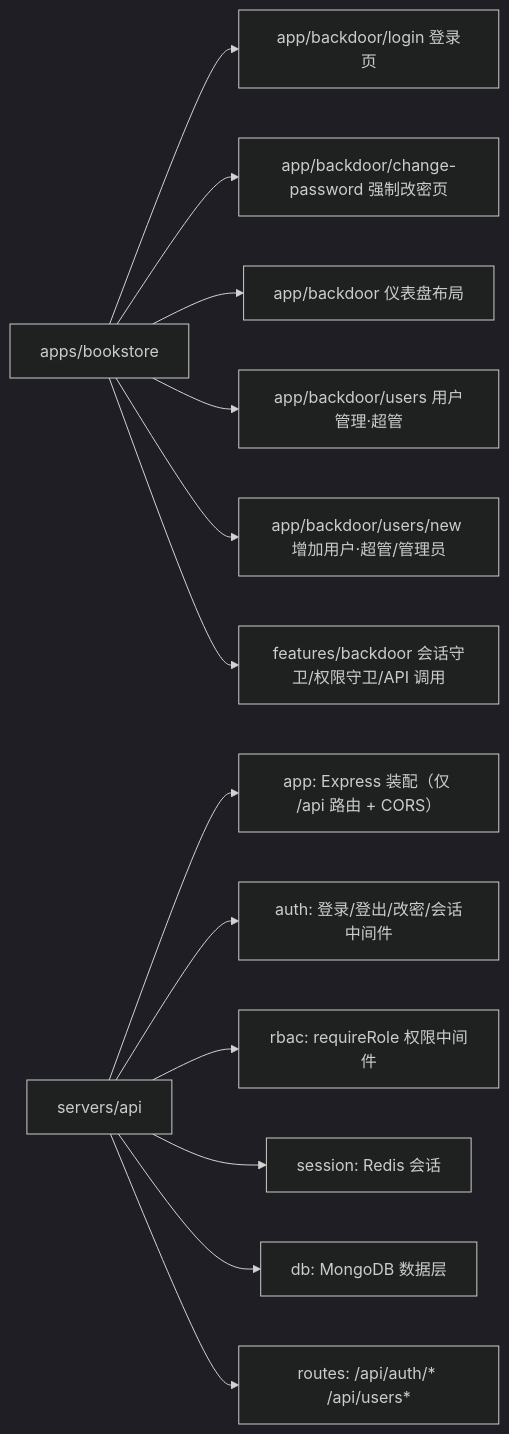
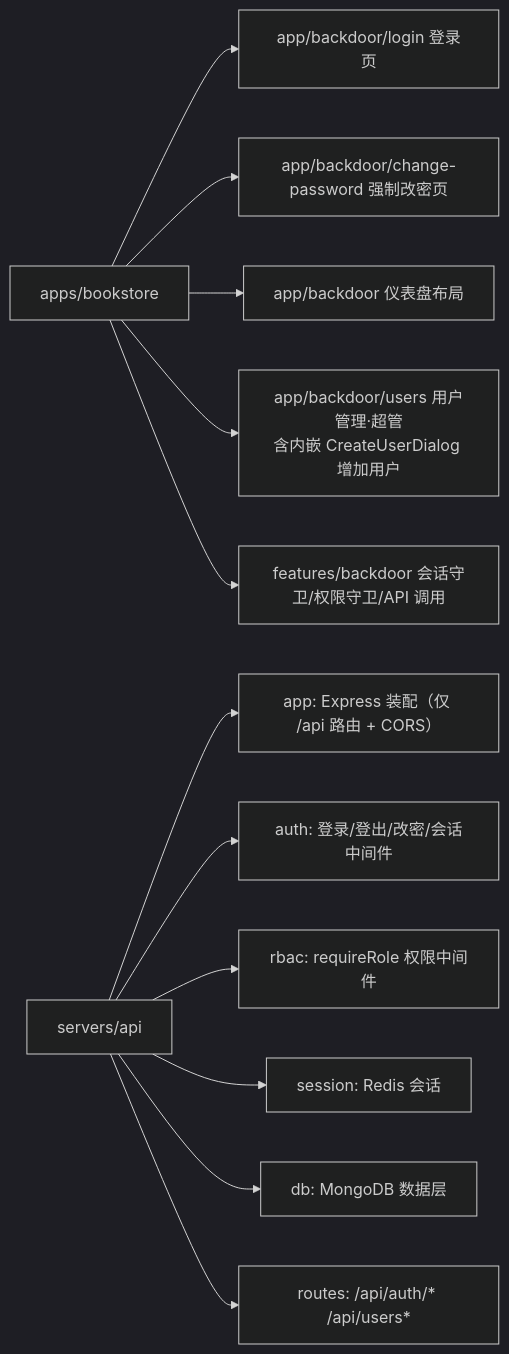
The second of 2 diagrams in docs/engineering/proposals/2026-08-12-backdoor-auth-proposal.md (Deliay/sumire), drawn with Mermaid (dark theme) before and after one commit. The commit also changed other lines of this file and 19 other files, not shown here.

````diff
--- a/docs/engineering/proposals/2026-08-12-backdoor-auth-proposal.md
+++ b/docs/engineering/proposals/2026-08-12-backdoor-auth-proposal.md
@@ -92,15 +92,14 @@
 ```mermaid
 graph LR
     B[apps/bookstore] --> B1[app/backdoor/login 登录页]
     B --> B2[app/backdoor/change-password 强制改密页]
     B --> B3[app/backdoor 仪表盘布局]
-    B --> B4[app/backdoor/users 用户管理·超管]
-    B --> B5[app/backdoor/users/new 增加用户·超管/管理员]
+    B --> B4[app/backdoor/users 用户管理·超管<br>含内嵌 CreateUserDialog 增加用户]
     B --> B6[features/backdoor 会话守卫/权限守卫/API 调用]
     A[servers/api] --> C[app: Express 装配（仅 /api 路由 + CORS）]
     A --> D[auth: 登录/登出/改密/会话中间件]
     A --> E[rbac: requireRole 权限中间件]
     A --> F[session: Redis 会话]
     A --> G[db: MongoDB 数据层]
     A --> H[routes: /api/auth/* /api/users*]
 ```
````
